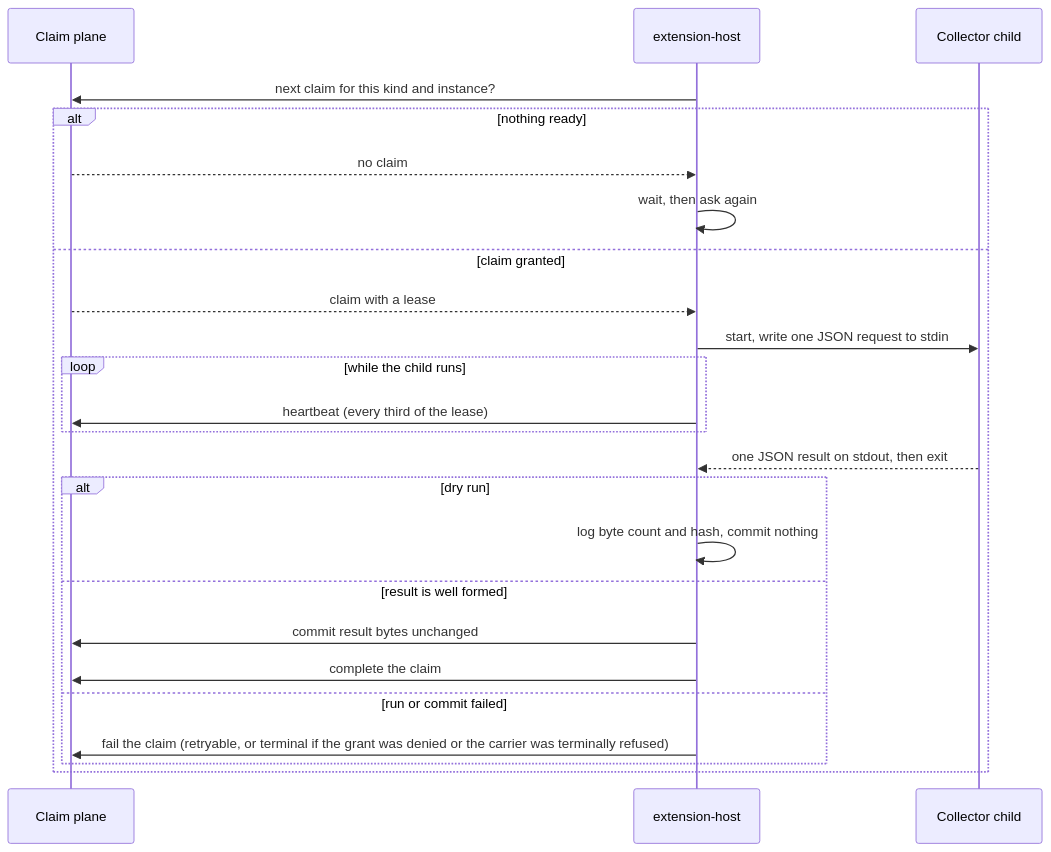
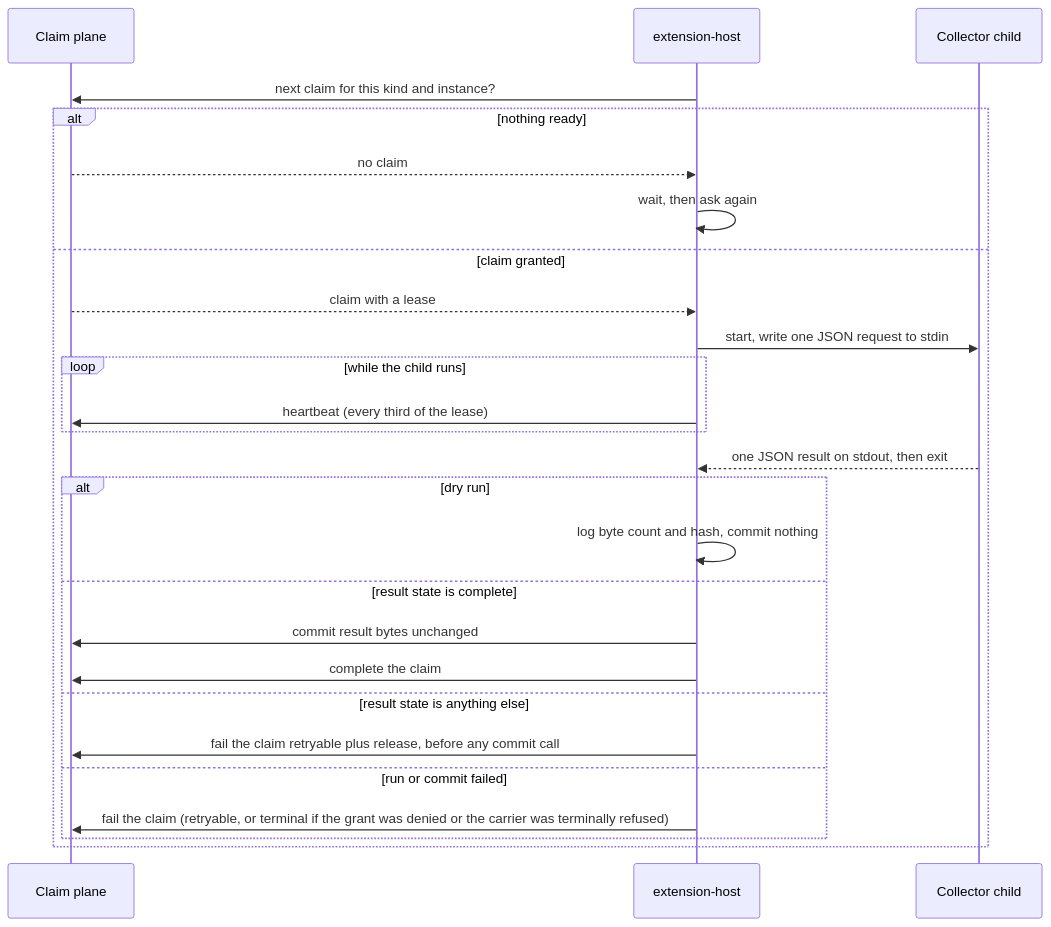
Before and after one commit to eshu-hq/eshu-extension-host: the second of 2 diagrams in docs/diagrams/README.md, drawn with Mermaid. The commit also changed other lines of this file and 7 other files, not shown here.

First line of the commit message:
Route non-complete satellite results to retryable outcomes (#26)

````diff
--- a/docs/diagrams/README.md
+++ b/docs/diagrams/README.md
@@ -37,26 +37,28 @@
 ```mermaid
 sequenceDiagram
   participant CP as Claim plane
   participant H as extension-host
   participant C as Collector child
   H->>CP: next claim for this kind and instance?
   alt nothing ready
     CP-->>H: no claim
     H->>H: wait, then ask again
   else claim granted
     CP-->>H: claim with a lease
     H->>C: start, write one JSON request to stdin
     loop while the child runs
       H->>CP: heartbeat (every third of the lease)
     end
     C-->>H: one JSON result on stdout, then exit
     alt dry run
       H->>H: log byte count and hash, commit nothing
-    else result is well formed
+    else result state is complete
       H->>CP: commit result bytes unchanged
       H->>CP: complete the claim
+    else result state is anything else
+      H->>CP: fail the claim retryable plus release, before any commit call
     else run or commit failed
       H->>CP: fail the claim (retryable, or terminal if the grant was denied or the carrier was terminally refused)
     end
   end
 ```
````
